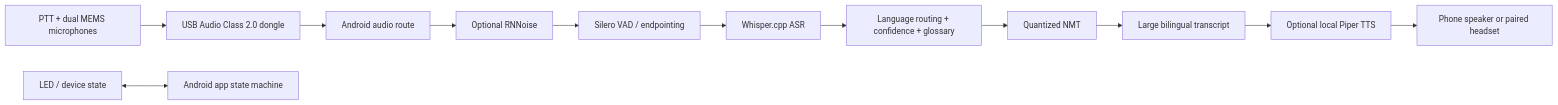
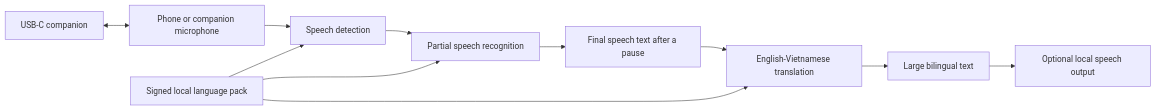
The first of 2 diagrams in docs/voicekey/proposal/voicekey-technical-proposal.md (SIReal3103/VoiceKey), drawn with Mermaid before and after one commit. The commit also changed other lines of this file and 6 other files, not shown here.

````diff
--- a/docs/voicekey/proposal/voicekey-technical-proposal.md
+++ b/docs/voicekey/proposal/voicekey-technical-proposal.md
@@ -168,14 +141,13 @@
 ```mermaid
 flowchart LR
-    A[PTT + dual MEMS microphones] --> B[USB Audio Class 2.0 dongle]
-    B --> C[Android audio route]
-    C --> D[Optional RNNoise]
-    D --> E[Silero VAD / endpointing]
-    E --> F[Whisper.cpp ASR]
-    F --> G[Language routing + confidence + glossary]
-    G --> H[Quantized NMT]
-    H --> I[Large bilingual transcript]
-    I --> J[Optional local Piper TTS]
-    J --> K[Phone speaker or paired headset]
-    L[LED / device state] <--> M[Android app state machine]
+    A[Phone or companion microphone] --> B[Speech detection]
+    B --> C[Partial speech recognition]
+    C --> D[Final speech text after a pause]
+    D --> E[English-Vietnamese translation]
+    E --> F[Large bilingual text]
+    F --> G[Optional local speech output]
+    H[Signed local language pack] --> B
+    H --> C
+    H --> E
+    I[USB-C companion] <--> A
 ```
````
